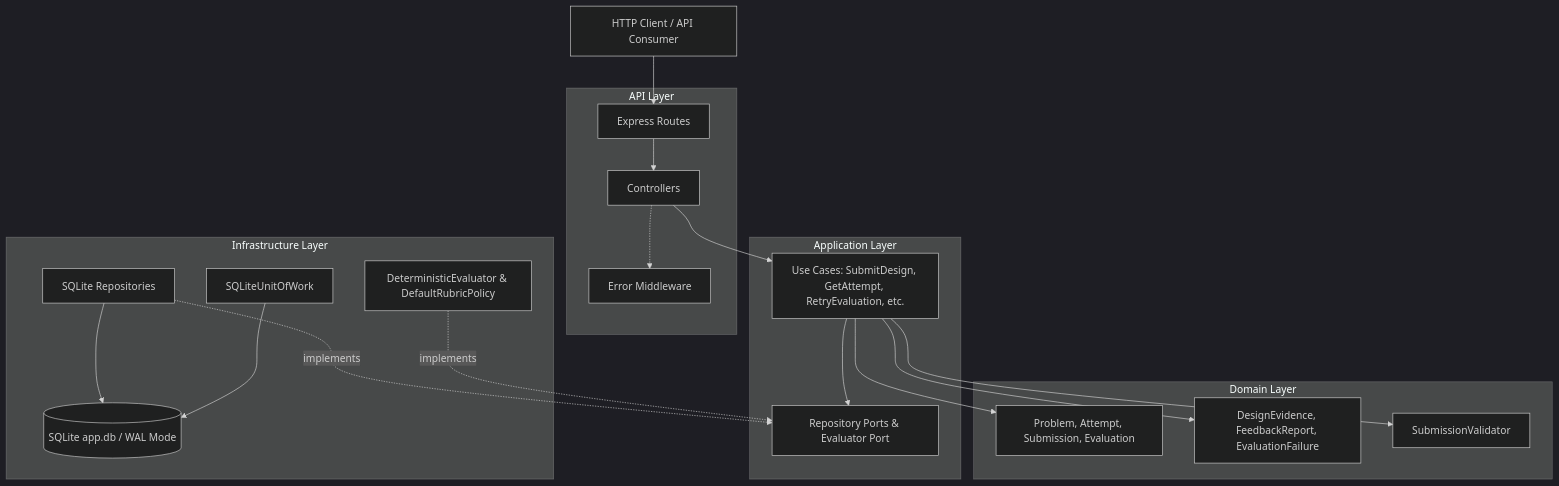
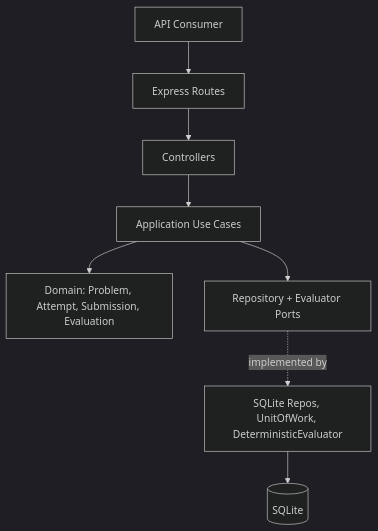
The second of 2 diagrams in README.md (abhirajkr16/LLD-Practice-Platform), drawn with Mermaid (dark theme) before and after one commit. The commit also changed other lines of this file and 2 other files, not shown here.

````diff
--- a/README.md
+++ b/README.md
@@ -89,43 +61,10 @@
 ```mermaid
 graph TD
-    Client[HTTP Client / API Consumer]
-    
-    subgraph "API Layer"
-        Router[Express Routes]
-        Controller[Controllers]
-        Middleware[Error Middleware]
-    end
-    
-    subgraph "Application Layer"
-        UseCases[Use Cases: SubmitDesign, GetAttempt, RetryEvaluation, etc.]
-        Ports[Repository Ports & Evaluator Port]
-    end
-    
-    subgraph "Domain Layer"
-        Entities[Problem, Attempt, Submission, Evaluation]
-        VO[DesignEvidence, FeedbackReport, EvaluationFailure]
-        Validator[SubmissionValidator]
-    end
-    
-    subgraph "Infrastructure Layer"
-        Repos[SQLite Repositories]
-        UOW[SQLiteUnitOfWork]
-        Evaluator[DeterministicEvaluator & DefaultRubricPolicy]
-        DB[(SQLite app.db / WAL Mode)]
-    end
-    
-    Client --> Router
-    Router --> Controller
-    Controller --> UseCases
-    Controller -.-> Middleware
-    
-    UseCases --> Entities
-    UseCases --> VO
-    UseCases --> Validator
-    UseCases --> Ports
-    
-    Repos -. implements .-> Ports
-    Evaluator -. implements .-> Ports
-    Repos --> DB
-    UOW --> DB
+    Client[API Consumer] --> Router[Express Routes]
+    Router --> Controller[Controllers]
+    Controller --> UseCases[Application Use Cases]
+    UseCases --> Domain[Domain: Problem, Attempt, Submission, Evaluation]
+    UseCases --> Ports[Repository + Evaluator Ports]
+    Ports -.implemented by.-> Infra[SQLite Repos, UnitOfWork, DeterministicEvaluator]
+    Infra --> DB[(SQLite)]
 ```
````
